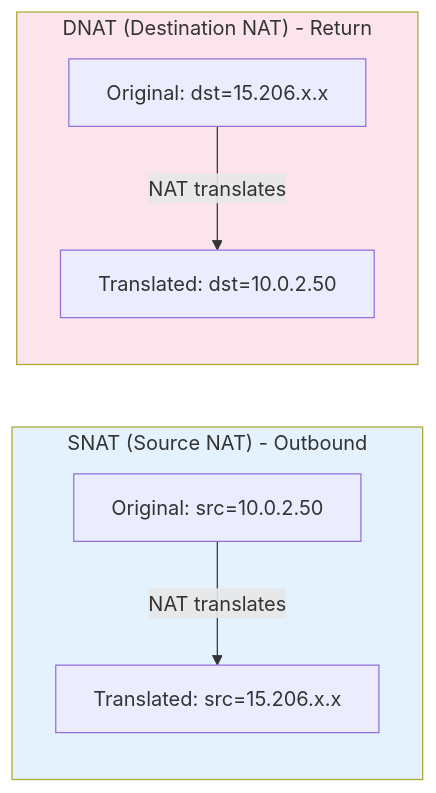
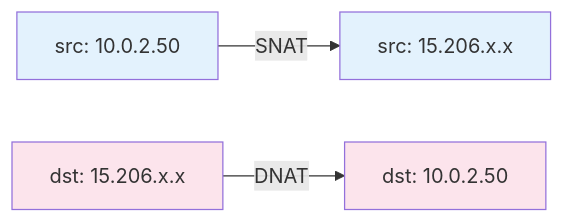
Before and after one commit to selvakumarperumal/AWS_Provisioning_with_Terraform: the ninth of 17 diagrams in 05-nat-gateway/README.md, drawn with Mermaid. The commit also changed other lines of this file, not shown here.

Commit message:
docs: nat updated again

````diff
--- a/05-nat-gateway/README.md
+++ b/05-nat-gateway/README.md
@@ -319,13 +317,10 @@
 ```mermaid
 graph LR
-    subgraph SNAT["SNAT (Source NAT) - Outbound"]
-        S1["Original: src=10.0.2.50"] -->|"NAT translates"| S2["Translated: src=15.206.x.x"]
-    end
+    A["src: 10.0.2.50"] -->|"SNAT"| B["src: 15.206.x.x"]
+    C["dst: 15.206.x.x"] -->|"DNAT"| D["dst: 10.0.2.50"]
 
-    subgraph DNAT["DNAT (Destination NAT) - Return"]
-        D1["Original: dst=15.206.x.x"] -->|"NAT translates"| D2["Translated: dst=10.0.2.50"]
-    end
-
-    style SNAT fill:#e3f2fd
-    style DNAT fill:#fce4ec
+    style A fill:#e3f2fd
+    style B fill:#e3f2fd
+    style C fill:#fce4ec
+    style D fill:#fce4ec
 ```
````
